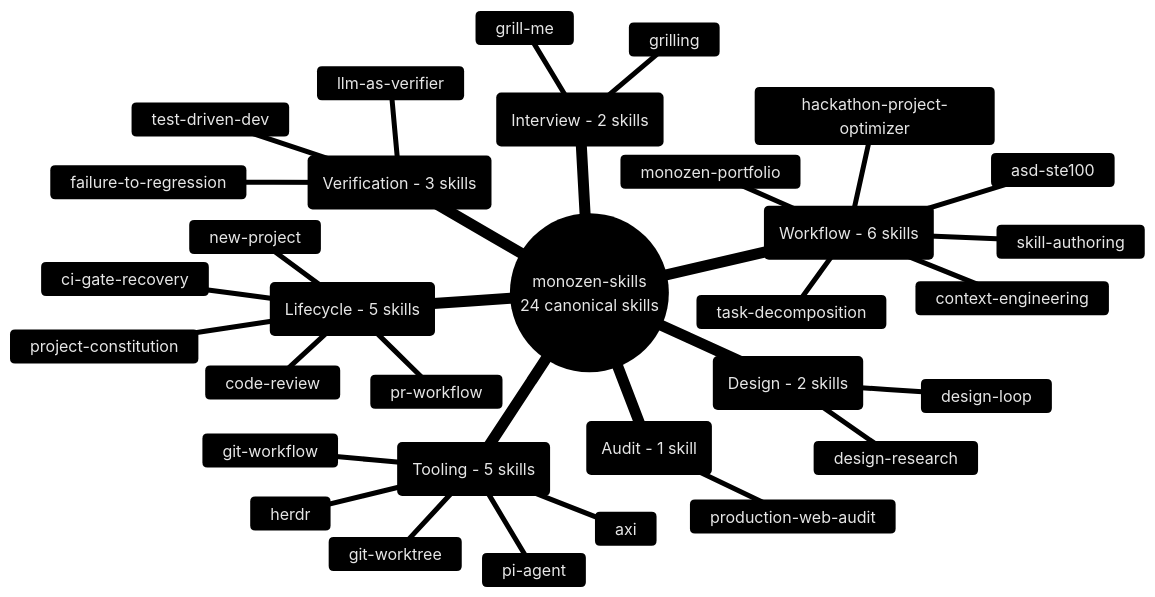
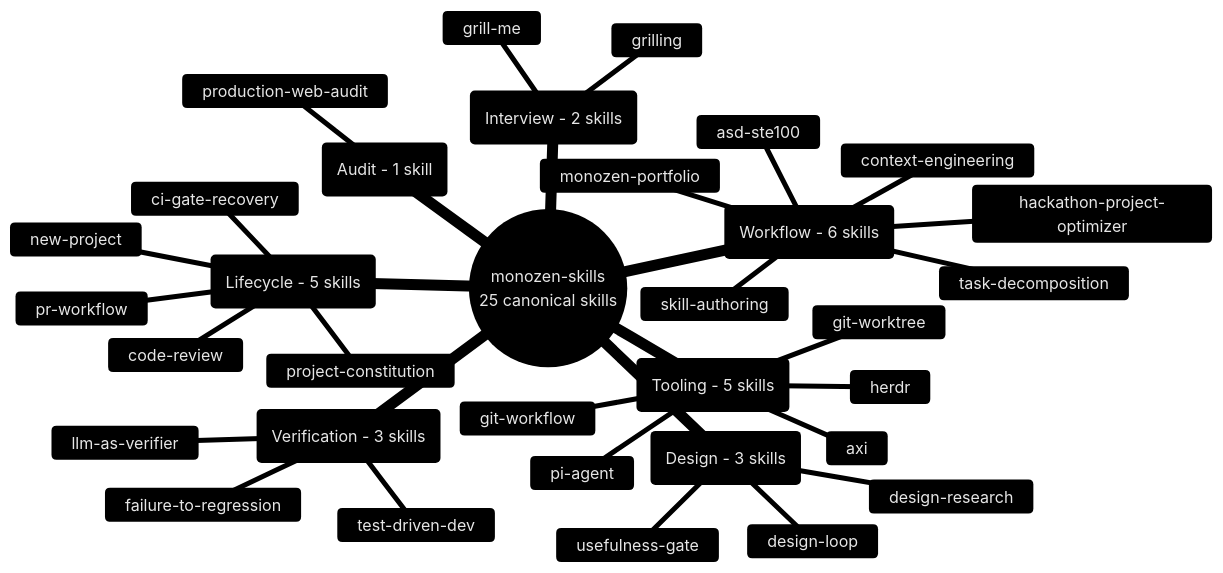
One commit to 8-BitRhyon/monozen-skills changed the diagram in assets/skill-taxonomy.mmd. Above: the diagram before and after it, drawn with Mermaid. The commit also changed 9 other files, not shown here.

First line of the commit message:
feat(skills): add usefulness gate for technical and UX validation

```diff
--- a/assets/skill-taxonomy.mmd
+++ b/assets/skill-taxonomy.mmd
@@ -1,35 +1,36 @@
 %%{init: {'theme': 'base', 'themeVariables': {'primaryColor': '#1a1a2e', 'primaryTextColor': '#e6e6e6', 'primaryBorderColor': '#8b7eff', 'lineColor': '#5a5a8a', 'secondaryColor': '#12132b', 'tertiaryColor': '#0b0c15', 'fontFamily': 'Inter, system-ui, sans-serif'}}}%%
 
 mindmap
-  root((monozen-skills<br/>24 canonical skills))
+  root((monozen-skills<br/>25 canonical skills))
     ::_(Lifecycle - 5 skills)
       new-project
       project-constitution
       code-review
       pr-workflow
       ci-gate-recovery
     ::_(Verification - 3 skills)
       test-driven-dev
       failure-to-regression
       llm-as-verifier
     ::_(Interview - 2 skills)
       grill-me
       grilling
     ::_(Workflow - 6 skills)
       asd-ste100
       hackathon-project-optimizer
       monozen-portfolio
       task-decomposition
       context-engineering
       skill-authoring
-    ::_(Design - 2 skills)
+    ::_(Design - 3 skills)
       design-loop
       design-research
+      usefulness-gate
     ::_(Audit - 1 skill)
       production-web-audit
     ::_(Tooling - 5 skills)
       axi
       pi-agent
       herdr
       git-worktree
       git-workflow
```
